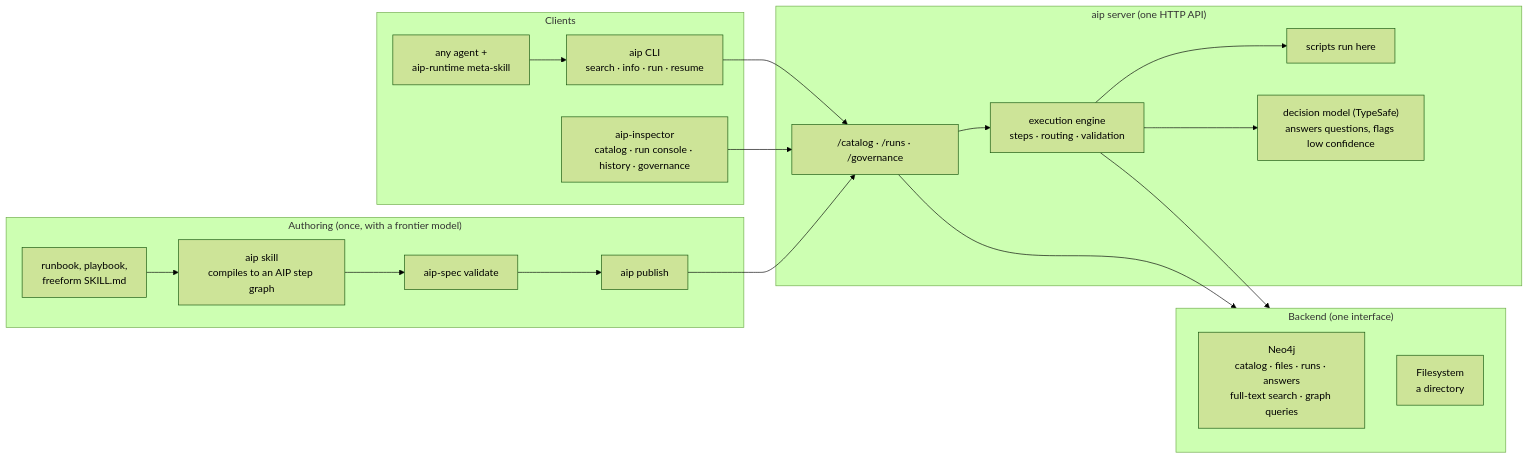
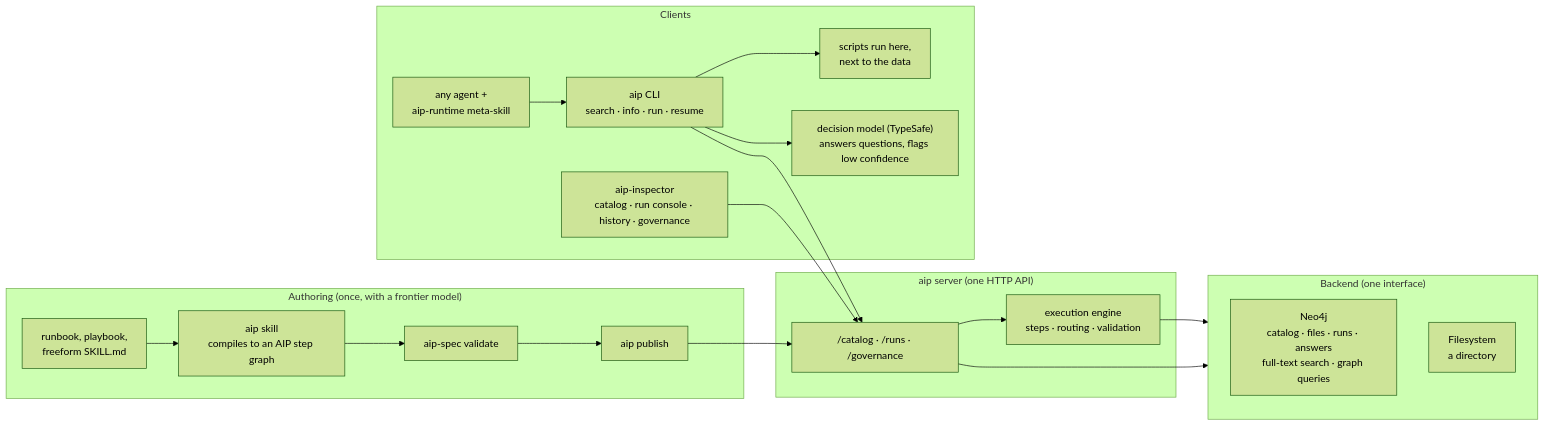
The diagram in README.md (zach-blumenfeld/aip), drawn with Mermaid (forest theme) before and after one commit. The commit also changed other lines of this file and 26 other files, not shown here.

````diff
--- a/README.md
+++ b/README.md
@@ -39,30 +39,30 @@
 ```mermaid
 flowchart LR
     subgraph authoring["Authoring (once, with a frontier model)"]
         doc["runbook, playbook,<br/>freeform SKILL.md"] --> skill["aip skill<br/>compiles to an AIP step graph"]
         skill --> validate["aip-spec validate"]
         validate --> publish["aip publish"]
     end
     subgraph clients["Clients"]
         agent["any agent +<br/>aip-runtime meta-skill"] --> cli["aip CLI<br/>search · info · run · resume"]
         insp["aip-inspector<br/>catalog · run console · history · governance"]
+        scripts["scripts run here,<br/>next to the data"]
+        model["decision model (TypeSafe)<br/>answers questions, flags low confidence"]
+        cli --> scripts
+        cli --> model
     end
     subgraph server["aip server (one HTTP API)"]
         api["/catalog · /runs · /governance"]
         engine["execution engine<br/>steps · routing · validation"]
-        scripts["scripts run here"]
-        model["decision model (TypeSafe)<br/>answers questions, flags low confidence"]
         api --> engine
-        engine --> scripts
-        engine --> model
     end
     subgraph backend["Backend (one interface)"]
         neo["Neo4j<br/>catalog · files · runs · answers<br/>full-text search · graph queries"]
         fs["Filesystem<br/>a directory"]
     end
     publish --> api
     cli --> api
     insp --> api
     engine --> backend
     api --> backend
 ```
````
